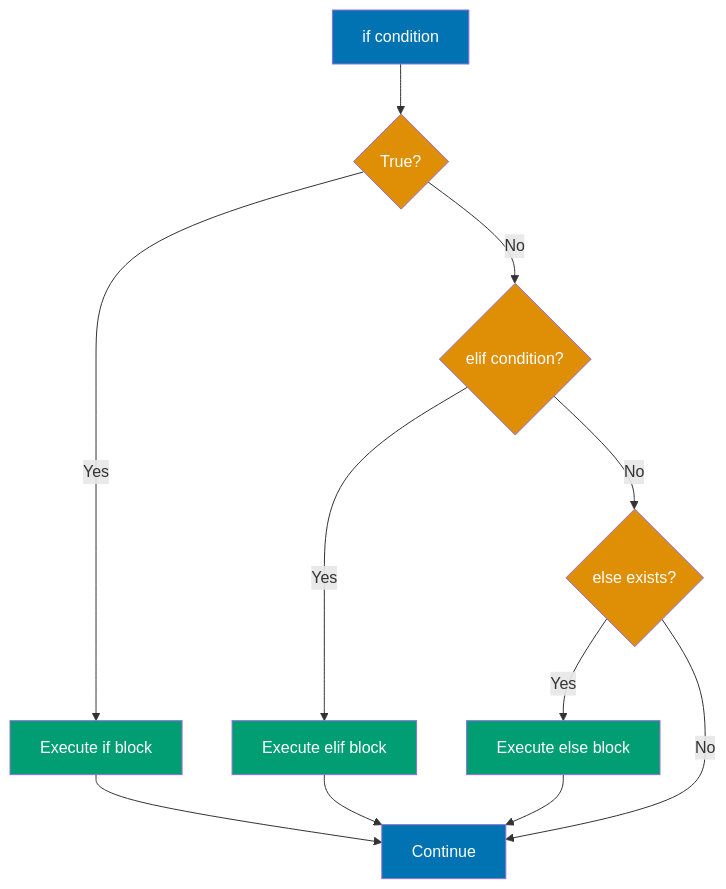
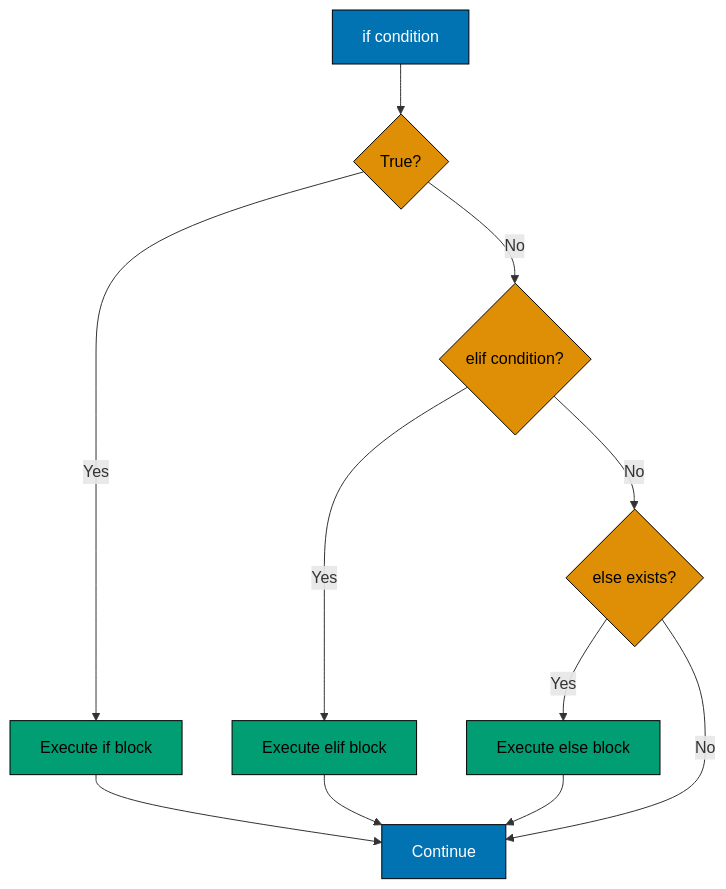
Before and after one commit to wahidyankf/ose-public: the ninth of 15 diagrams in apps/ayokoding-www/content/en/learn/legacy/software-engineering/platforms/linux/tools/shell/by-example/beginner.md, drawn with Mermaid. The commit also changed other lines of this file and 130 other files, not shown here.

First line of the commit message:
fix(mermaid): bring the legacy platforms diagrams onto the accessible palette

````diff
--- a/apps/ayokoding-www/content/en/learn/legacy/software-engineering/platforms/linux/tools/shell/by-example/beginner.md
+++ b/apps/ayokoding-www/content/en/learn/legacy/software-engineering/platforms/linux/tools/shell/by-example/beginner.md
@@ -1394,23 +1451,29 @@
 ```mermaid
 %% If statement flow
 graph TD
+    accTitle: Example 18: If Statements
+    accDescr: Graph with 8 nodes and 10 connections. Nodes: if condition, True?, Execute if block, elif condition?, Execute elif block, else exists?, Execute else block, Continue. Connections: if condition to True?, True? to Execute if block (Yes), True? to elif condition? (No), elif condition? to Execute elif block (Yes), elif condition? to else exists? (No), else exists? to Execute else block (Yes), else exists? to Continue (No), Execute if block to Continue, Execute elif block to Continue, Execute else block to Continue.
     A[if condition] --> B{True?}
     B -->|Yes| C[Execute if block]
     B -->|No| D{elif condition?}
     D -->|Yes| E[Execute elif block]
     D -->|No| F{else exists?}
     F -->|Yes| G[Execute else block]
     F -->|No| H[Continue]
     C --> H
     E --> H
     G --> H
 
-    style A fill:#0173B2,color:#fff
-    style B fill:#DE8F05,color:#fff
-    style C fill:#029E73,color:#fff
-    style D fill:#DE8F05,color:#fff
-    style E fill:#029E73,color:#fff
-    style F fill:#DE8F05,color:#fff
-    style G fill:#029E73,color:#fff
-    style H fill:#0173B2,color:#fff
+    classDef pal-0173B2 fill:#0173B2,stroke:#000000,color:#FFFFFF
+    class A pal-0173B2
+    classDef pal-DE8F05 fill:#DE8F05,stroke:#000000,color:#000000
+    class B pal-DE8F05
+    classDef pal-029E73 fill:#029E73,stroke:#000000,color:#000000
+    class C pal-029E73
+    class D pal-DE8F05
+    class E pal-029E73
+    class F pal-DE8F05
+    class G pal-029E73
+    class H pal-0173B2
+    classDef default fill:#FFFFFF,stroke:#000000,color:#000000
 ```
````
